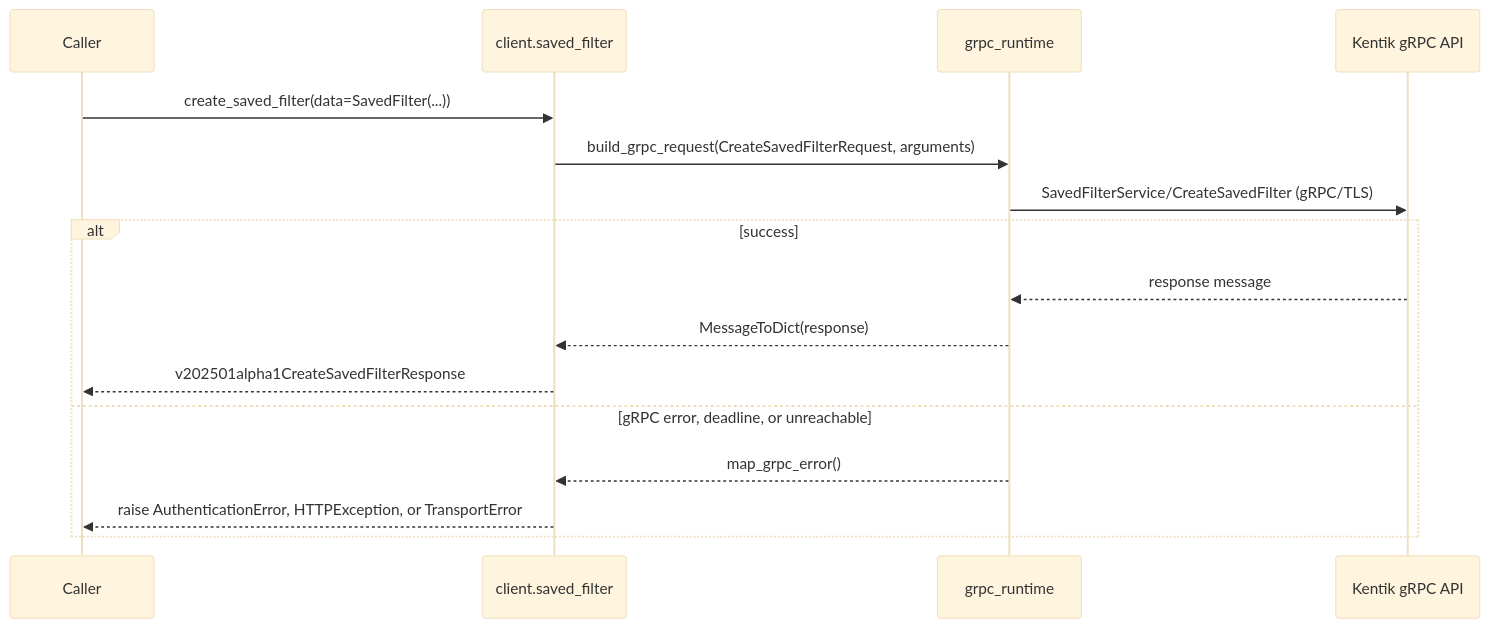
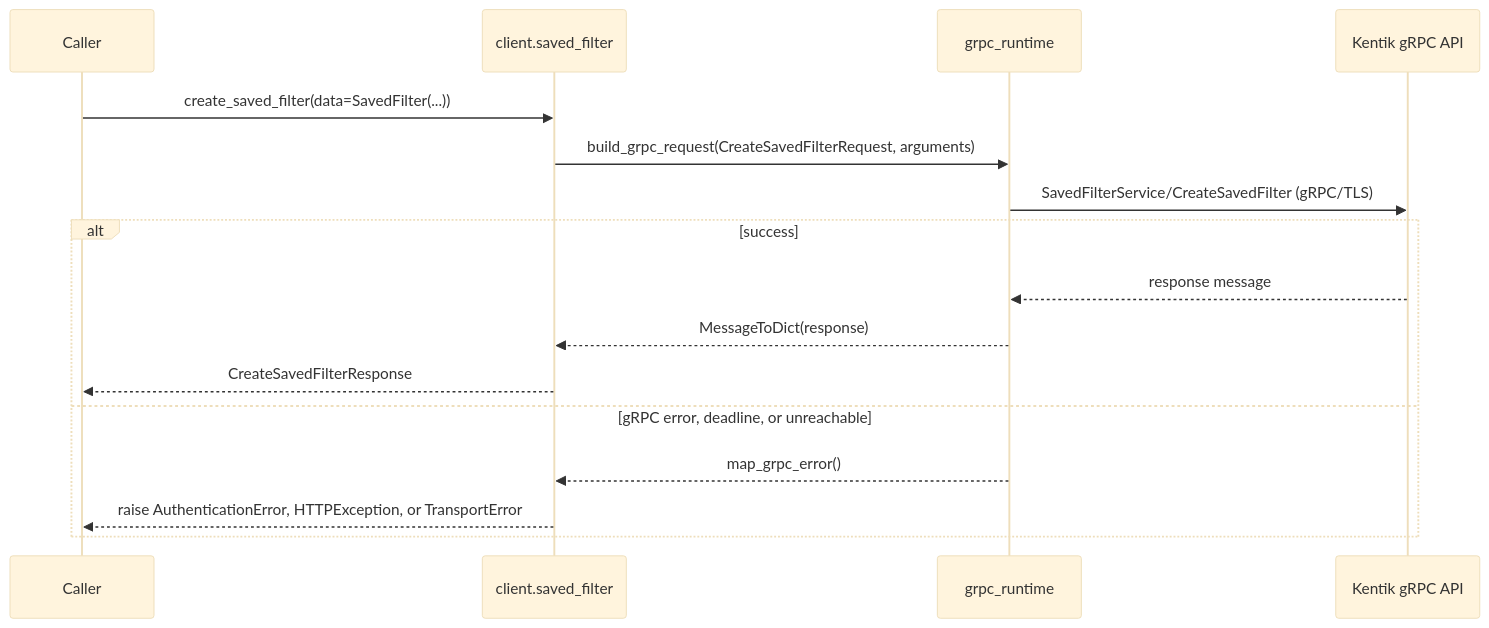
The third of 14 diagrams in docs/sphinx/services/saved_filter.md (alexdearaujo/community_sdk_python), drawn with Mermaid (base theme) before and after one commit. The commit also changed other lines of this file and 38 other files, not shown here.

````diff
--- a/docs/sphinx/services/saved_filter.md
+++ b/docs/sphinx/services/saved_filter.md
@@ -59,19 +59,19 @@
 ```mermaid
 sequenceDiagram
     participant C as Caller
     participant W as client.saved_filter
     participant R as grpc_runtime
     participant API as Kentik gRPC API
 
     C->>W: create_saved_filter(data=SavedFilter(...))
     W->>R: build_grpc_request(CreateSavedFilterRequest, arguments)
     R->>API: SavedFilterService/CreateSavedFilter (gRPC/TLS)
     alt success
         API-->>R: response message
         R-->>W: MessageToDict(response)
-        W-->>C: v202501alpha1CreateSavedFilterResponse
+        W-->>C: CreateSavedFilterResponse
     else gRPC error, deadline, or unreachable
         R-->>W: map_grpc_error()
         W-->>C: raise AuthenticationError, HTTPException, or TransportError
     end
 ```
````
